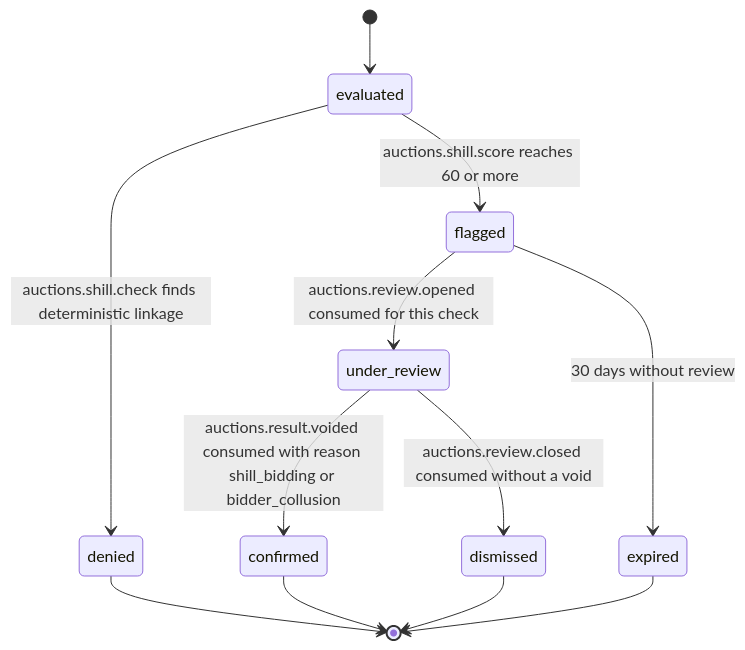
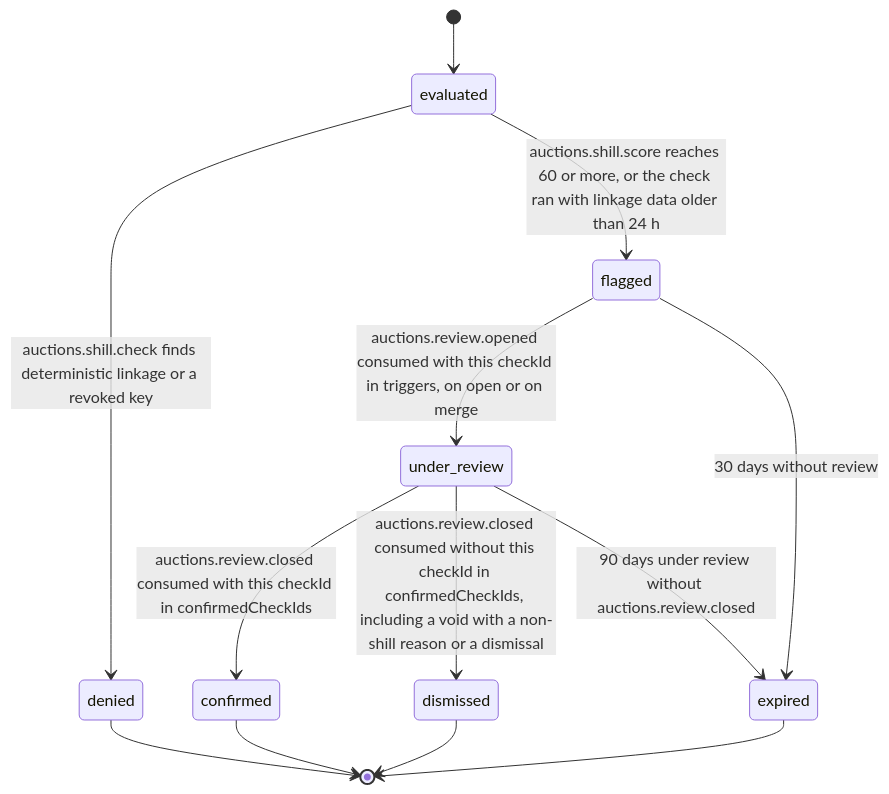
Before and after one commit to djshellshoxxx/CLASSifiedisRUPTed: the diagram in 04_Auctions/02_auction_integrity/mod_anti/workflow_state_machine.md, drawn with Mermaid. The commit also changed other lines of this file and 80 other files, not shown here.

````diff
--- a/04_Auctions/02_auction_integrity/mod_anti/workflow_state_machine.md
+++ b/04_Auctions/02_auction_integrity/mod_anti/workflow_state_machine.md
@@ -28,14 +29,15 @@
 ```mermaid
 stateDiagram-v2
   [*] --> evaluated
-  evaluated --> denied: auctions.shill.check finds deterministic linkage
-  evaluated --> flagged: auctions.shill.score reaches 60 or more
-  flagged --> under_review: auctions.review.opened consumed for this check
-  under_review --> confirmed: auctions.result.voided consumed with reason shill_bidding or bidder_collusion
-  under_review --> dismissed: auctions.review.closed consumed without a void
+  evaluated --> denied: auctions.shill.check finds deterministic linkage or a revoked key
+  evaluated --> flagged: auctions.shill.score reaches 60 or more, or the check ran with linkage data older than 24 h
+  flagged --> under_review: auctions.review.opened consumed with this checkId in triggers, on open or on merge
+  under_review --> confirmed: auctions.review.closed consumed with this checkId in confirmedCheckIds
+  under_review --> dismissed: auctions.review.closed consumed without this checkId in confirmedCheckIds, including a void with a non-shill reason or a dismissal
+  under_review --> expired: 90 days under review without auctions.review.closed
   flagged --> expired: 30 days without review
   denied --> [*]
   confirmed --> [*]
   dismissed --> [*]
   expired --> [*]
 ```
````
